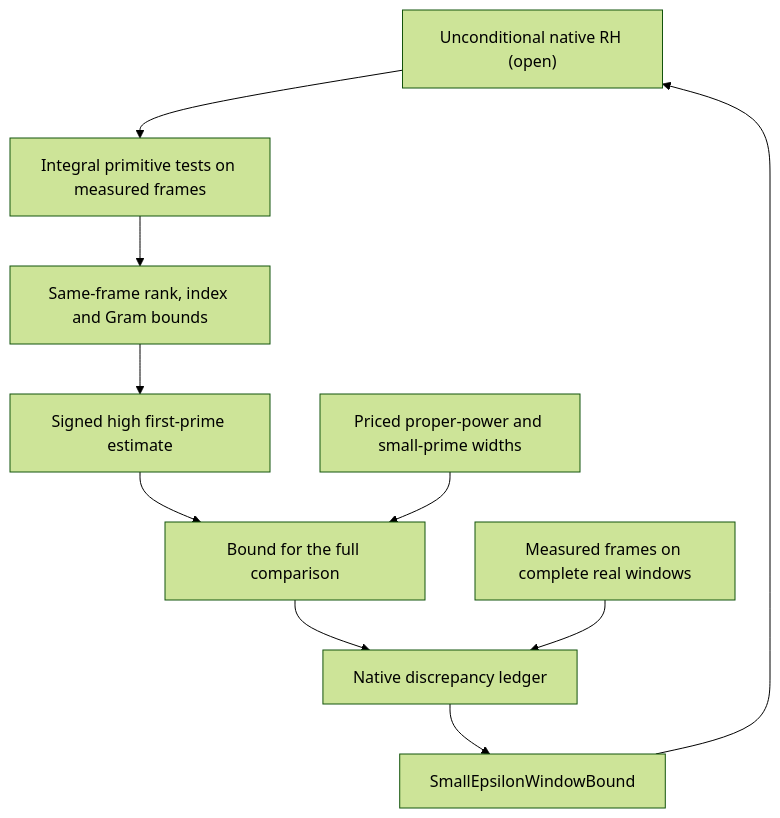
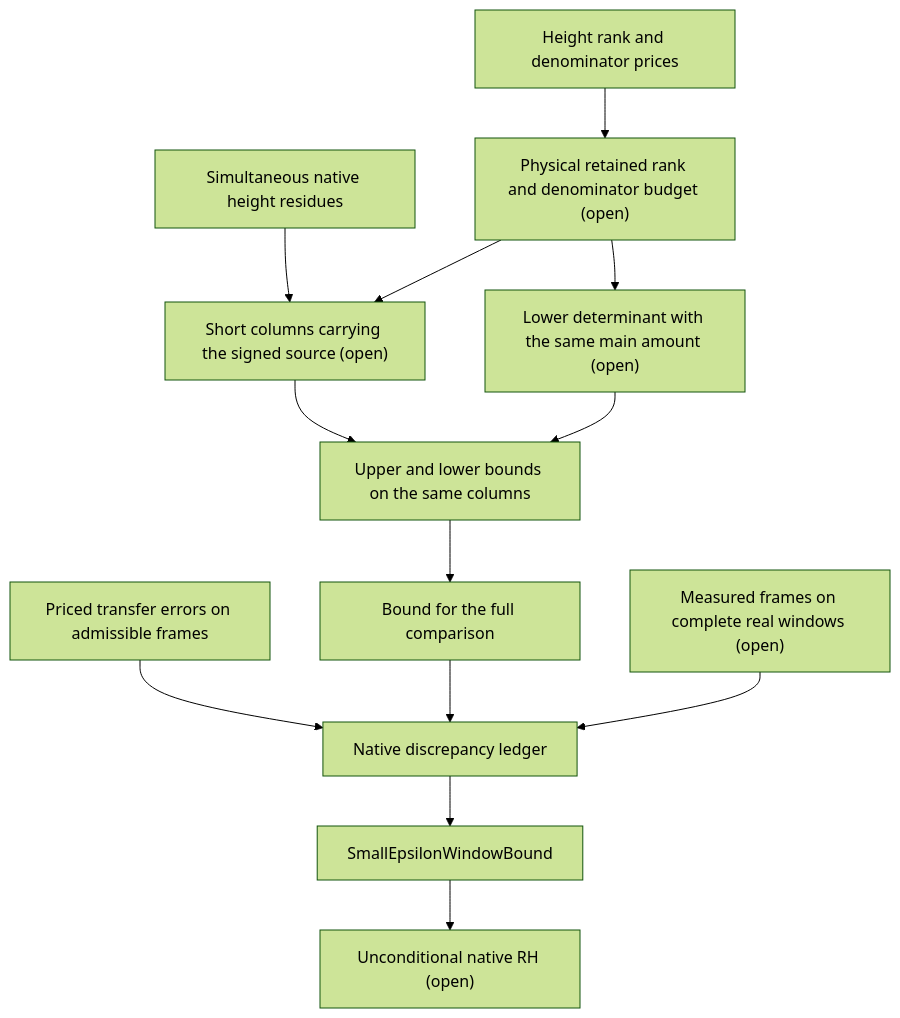
Before and after one commit to OVVO-Financial/RH_Lean: the diagram in research/NATIVE_QUANTITATIVE_DISCREPANCY_LEDGER_20261125.md, drawn with Mermaid (forest theme). The commit also changed other lines of this file and 4 other files, not shown here.

Commit message:
Price the native height shifts on the same columns in the Sernau comparison

````diff
--- a/research/NATIVE_QUANTITATIVE_DISCREPANCY_LEDGER_20261125.md
+++ b/research/NATIVE_QUANTITATIVE_DISCREPANCY_LEDGER_20261125.md
@@ -303,12 +332,15 @@
 ```mermaid
 flowchart TD
-    R["Realized first/third-power height residues"] --> A["Integral primitive tests on measured frames"]
-    A --> B["Same-frame rank, index and Gram bounds"]
-    B --> C["Signed high first-prime estimate"]
-    C --> E["Bound for the full comparison"]
-    D["Priced proper-power and small-prime widths"] --> E
-    E --> F["Native discrepancy ledger"]
-    W["Measured frames on complete real windows"] --> F
+    R["Simultaneous native height residues"] --> A["Short columns carrying the signed source (open)"]
+    K["Height rank and denominator prices"] --> B["Physical retained rank and denominator budget (open)"]
+    B --> A
+    B --> C["Lower determinant with the same main amount (open)"]
+    A --> S["Upper and lower bounds on the same columns"]
+    C --> S
+    S --> E["Bound for the full comparison"]
+    D["Priced transfer errors on admissible frames"] --> F["Native discrepancy ledger"]
+    E --> F
+    W["Measured frames on complete real windows (open)"] --> F
     F --> H["SmallEpsilonWindowBound"]
-    H --> R["Unconditional native RH (open)"]
+    H --> Z["Unconditional native RH (open)"]
 ```
````
